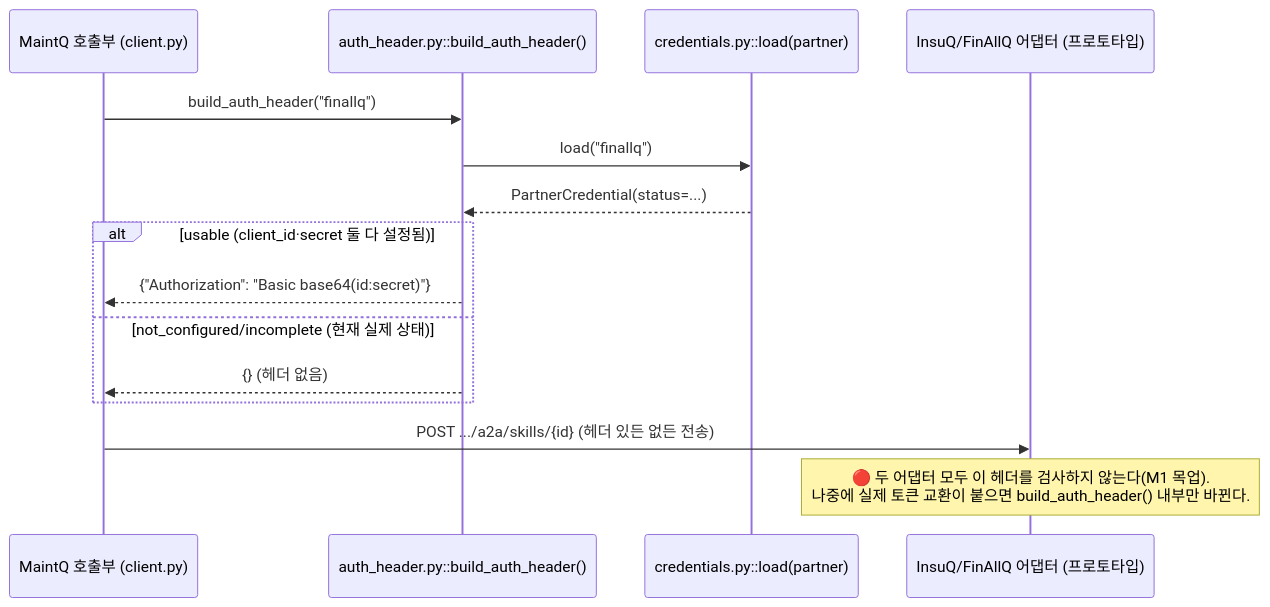
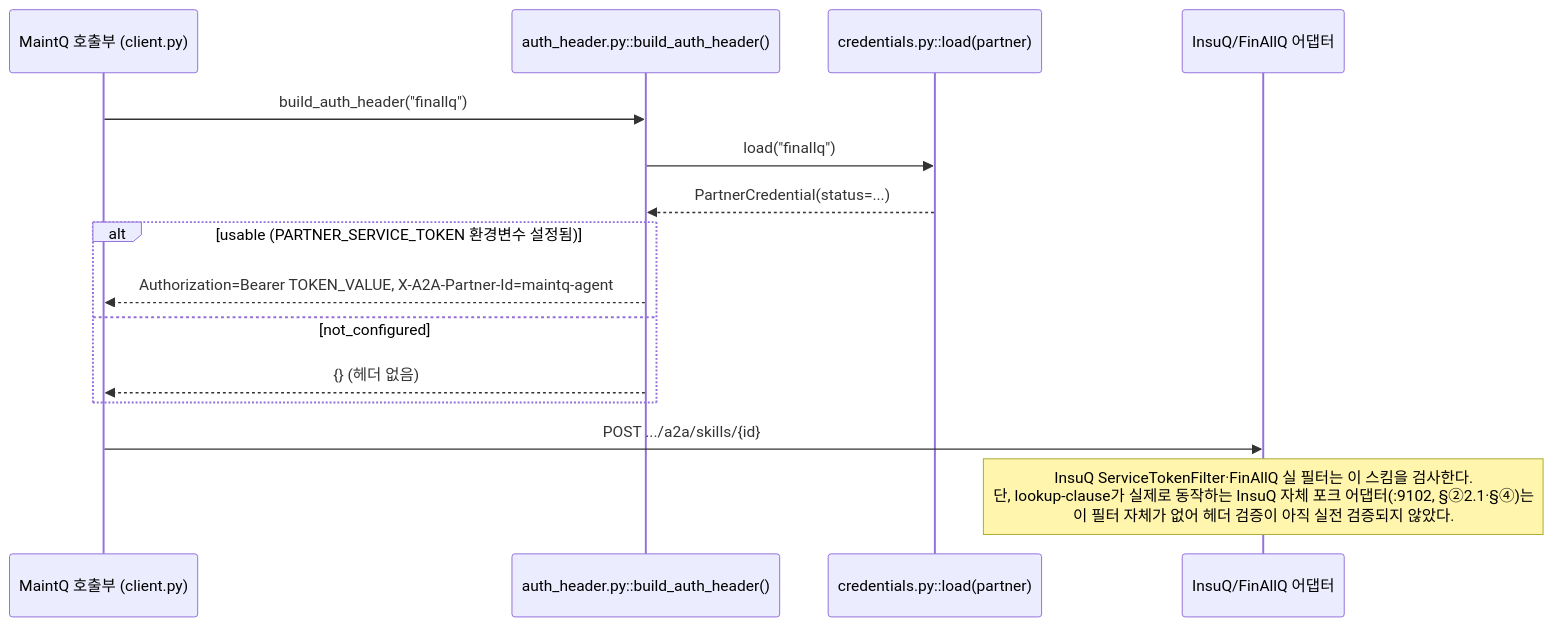
One commit to ttogle918/QMesh changed the eighth of 8 diagrams in A2A_DIAGRAMS.md. Above: the diagram before and after it, drawn with Mermaid. The commit also changed other lines of this file, not shown here.

First line of the commit message:
docs: A2A_DIAGRAMS.md v1.4 갱신 — D119·D120·Sprint18·실측 GIF 반영 (A2A_Q 세션)

````diff
--- a/A2A_DIAGRAMS.md
+++ b/A2A_DIAGRAMS.md
@@ -277,18 +422,18 @@
 ```mermaid
 sequenceDiagram
     participant Caller as MaintQ 호출부 (client.py)
     participant AuthHdr as auth_header.py::build_auth_header()
     participant Cred as credentials.py::load(partner)
-    participant Adapter as InsuQ/FinAllQ 어댑터 (프로토타입)
+    participant Adapter as InsuQ/FinAllQ 어댑터
 
     Caller->>AuthHdr: build_auth_header("finallq")
     AuthHdr->>Cred: load("finallq")
     Cred-->>AuthHdr: PartnerCredential(status=...)
-    alt usable (client_id·secret 둘 다 설정됨)
-        AuthHdr-->>Caller: {"Authorization": "Basic base64(id:secret)"}
-    else not_configured/incomplete (현재 실제 상태)
+    alt usable (PARTNER_SERVICE_TOKEN 환경변수 설정됨)
+        AuthHdr-->>Caller: Authorization=Bearer TOKEN_VALUE, X-A2A-Partner-Id=maintq-agent
+    else not_configured
         AuthHdr-->>Caller: {} (헤더 없음)
     end
-    Caller->>Adapter: POST .../a2a/skills/{id} (헤더 있든 없든 전송)
-    Note over Adapter: 🔴 두 어댑터 모두 이 헤더를 검사하지 않는다(M1 목업).<br>나중에 실제 토큰 교환이 붙으면 build_auth_header() 내부만 바뀐다.
+    Caller->>Adapter: POST .../a2a/skills/{id}
+    Note over Adapter: InsuQ ServiceTokenFilter·FinAllQ 실 필터는 이 스킴을 검사한다.<br>단, lookup-clause가 실제로 동작하는 InsuQ 자체 포크 어댑터(:9102, §②2.1·§④)는<br>이 필터 자체가 없어 헤더 검증이 아직 실전 검증되지 않았다.
 ```
````
